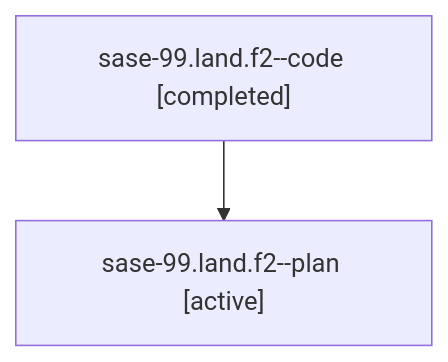
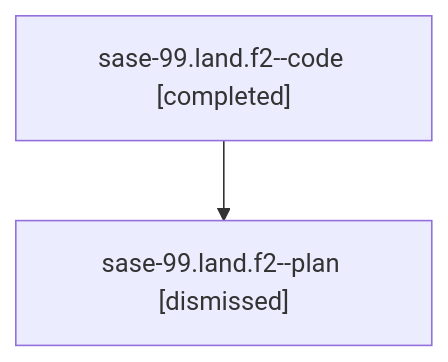
Before and after one commit to sase-org/sase--agents: the diagram in sessions/bbugyi200.athena.sase-99.land.f2.md, drawn with Mermaid. The commit also changed other lines of this file and 102 other files, not shown here.

````diff
--- a/sessions/bbugyi200.athena.sase-99.land.f2.md
+++ b/sessions/bbugyi200.athena.sase-99.land.f2.md
@@ -9,6 +9,6 @@
 ```mermaid
 flowchart TD
   n0["sase-99.land.f2--code [completed]"]
-  n1["sase-99.land.f2--plan [active]"]
+  n1["sase-99.land.f2--plan [dismissed]"]
   n0 --> n1
 ```
````
